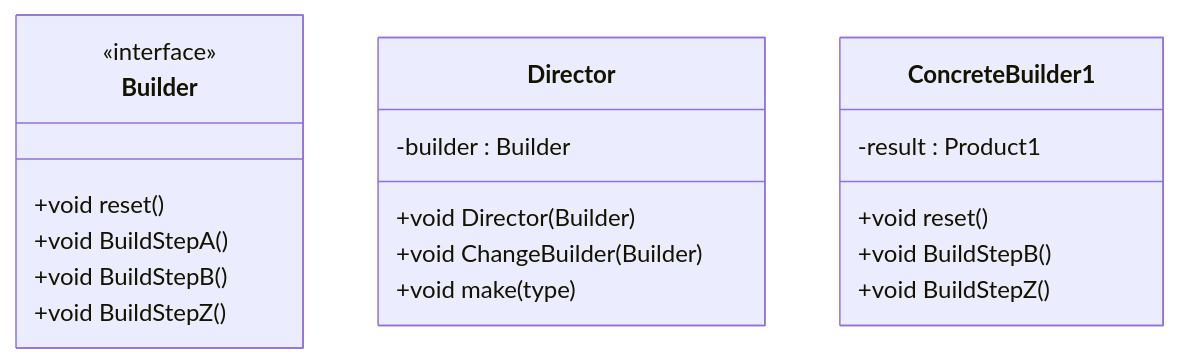
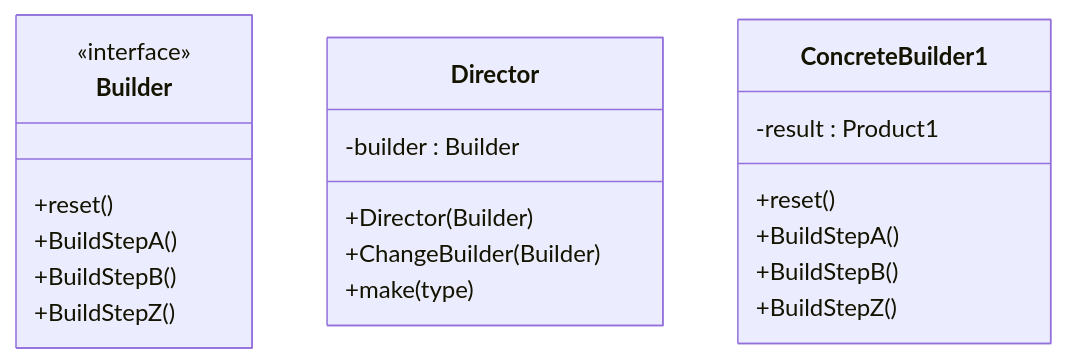
Before and after one commit to kirolossedra/Creational-Design-Patterns: the diagram in Builder/README.md, drawn with Mermaid.

````diff
--- a/Builder/README.md
+++ b/Builder/README.md
@@ -2,27 +2,28 @@
 ```mermaid
 classDiagram
 
 class Builder{
 <<interface>> 
-    +void reset()
-    +void BuildStepA()
-    +void BuildStepB()
-    +void BuildStepZ()
+    +reset()
+    +BuildStepA()
+    +BuildStepB()
+    +BuildStepZ()
 }
 
 class Director{
 -builder : Builder
-+void Director(Builder)
-+void ChangeBuilder(Builder)
-+void make(type)
++Director(Builder)
++ChangeBuilder(Builder)
++make(type)
 }
 
 class ConcreteBuilder1{
 -result : Product1
-+void reset()
-+void BuildStepB()
-+void BuildStepZ()
++reset()
++BuildStepA()
++BuildStepB()
++BuildStepZ()
 
 }
 
 ```
````
